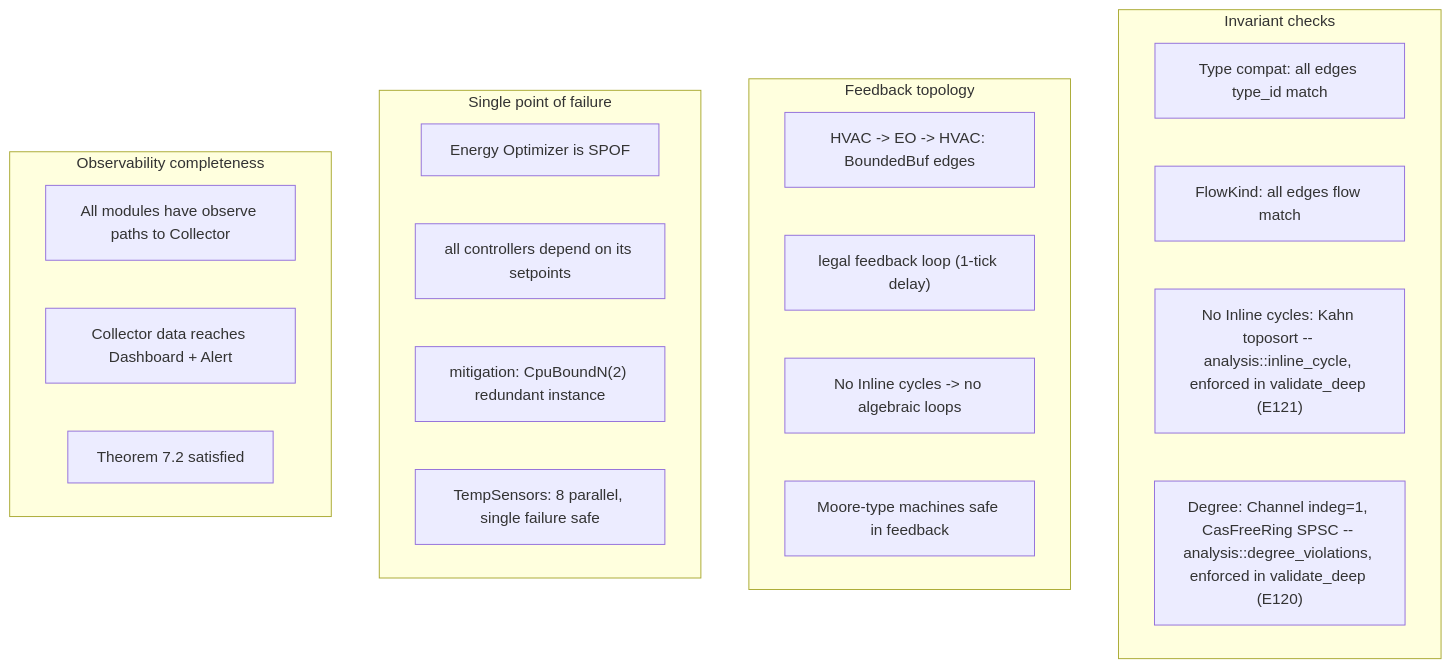
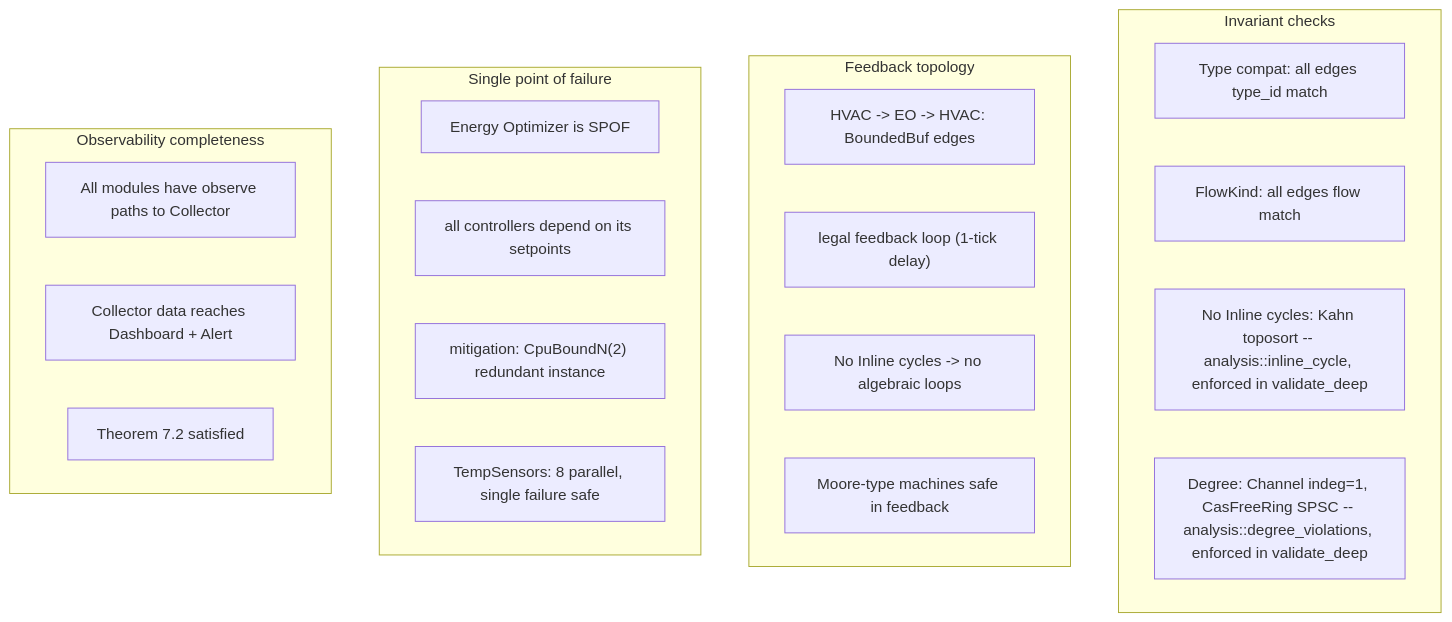
One commit to ghwinter/axiom changed diagram 11 of 12 in docs/architecture_diagrams.md. Above: the diagram before and after it, drawn with Mermaid. The commit also changed other lines of this file and 101 other files, not shown here.

````diff
--- a/docs/architecture_diagrams.md
+++ b/docs/architecture_diagrams.md
@@ -498,29 +492,29 @@
 ```mermaid
 graph TB
   subgraph Invariants["Invariant checks"]
     I1["Type compat: all edges type_id match"]
     I2["FlowKind: all edges flow match"]
-    I3["No Inline cycles: Kahn toposort -- analysis::inline_cycle, enforced in validate_deep (E121)"]
-    I4["Degree: Channel indeg=1, CasFreeRing SPSC -- analysis::degree_violations, enforced in validate_deep (E120)"]
+    I3["No Inline cycles: Kahn toposort -- analysis::inline_cycle, enforced in validate_deep"]
+    I4["Degree: Channel indeg=1, CasFreeRing SPSC -- analysis::degree_violations, enforced in validate_deep"]
   end
 
   subgraph Feedback["Feedback topology"]
     F1["HVAC -> EO -> HVAC: BoundedBuf edges"]
     F2["legal feedback loop (1-tick delay)"]
     F3["No Inline cycles -> no algebraic loops"]
     F4["Moore-type machines safe in feedback"]
   end
 
   subgraph SPOF["Single point of failure"]
     S1["Energy Optimizer is SPOF"]
     S2["all controllers depend on its setpoints"]
     S3["mitigation: CpuBoundN(2) redundant instance"]
     S4["TempSensors: 8 parallel, single failure safe"]
   end
 
   subgraph ObsComplete["Observability completeness"]
     O1["All modules have observe paths to Collector"]
     O2["Collector data reaches Dashboard + Alert"]
     O3["Theorem 7.2 satisfied"]
   end
 ```
````
